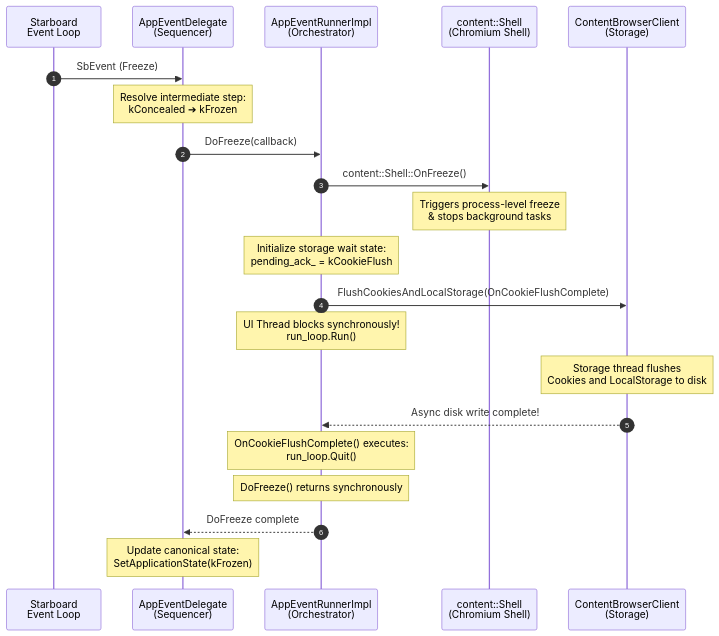
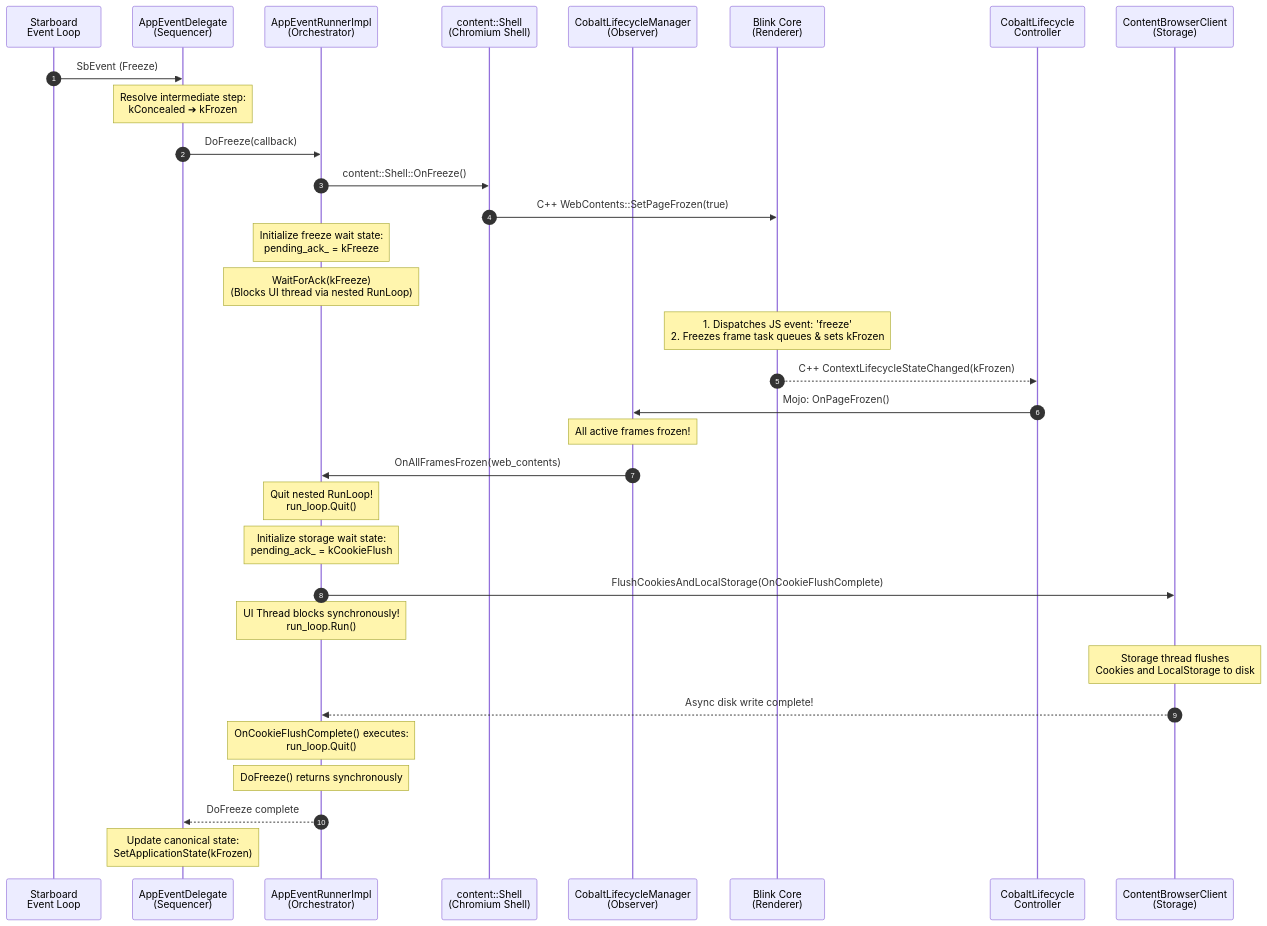
The fourth of 14 diagrams in cobalt/doc/lifecycle_internals.md (youtube/cobalt), drawn with Mermaid before and after one commit. The commit also changed other lines of this file and 11 other files, not shown here.

````diff
--- a/cobalt/doc/lifecycle_internals.md
+++ b/cobalt/doc/lifecycle_internals.md
@@ -193,25 +193,38 @@
 ```mermaid
 sequenceDiagram
   autonumber
   participant OS as Starboard <br/> Event Loop
   participant Delegate as AppEventDelegate <br/> (Sequencer)
   participant Runner as AppEventRunnerImpl <br/> (Orchestrator)
   participant Shell as content::Shell <br/> (Chromium Shell)
+  participant Manager as CobaltLifecycleManager <br/> (Observer)
+  participant Blink as Blink Core <br/> (Renderer)
+  participant Controller as CobaltLifecycle <br/> Controller
   participant Content as ContentBrowserClient <br/> (Storage)
 
   OS->>Delegate: SbEvent (Freeze)
   Note over Delegate: Resolve intermediate step:<br/>kConcealed ➔ kFrozen
   Delegate->>Runner: DoFreeze(callback)
   Runner->>Shell: content::Shell::OnFreeze()
-  Note over Shell: Triggers process-level freeze<br/>& stops background tasks
+  Shell->>Blink: C++ WebContents::SetPageFrozen(true)
+  Note over Runner: Initialize freeze wait state:<br/>pending_ack_ = kFreeze
+  Note over Runner: WaitForAck(kFreeze)<br/>(Blocks UI thread via nested RunLoop)
+
+  Note over Blink: 1. Dispatches JS event: 'freeze'<br/>2. Freezes frame task queues & sets kFrozen
+  Blink-->>Controller: C++ ContextLifecycleStateChanged(kFrozen)
+  Controller->>Manager: Mojo: OnPageFrozen()
+  Note over Manager: All active frames frozen!
+  Manager->>Runner: OnAllFramesFrozen(web_contents)
+  Note over Runner: Quit nested RunLoop!<br/>run_loop.Quit()
+
   Note over Runner: Initialize storage wait state:<br/>pending_ack_ = kCookieFlush
   Runner->>Content: FlushCookiesAndLocalStorage(OnCookieFlushComplete)
   Note over Runner: UI Thread blocks synchronously!<br/>run_loop.Run()
 
   Note over Content: Storage thread flushes<br/>Cookies and LocalStorage to disk
   Content-->>Runner: Async disk write complete!
   Note over Runner: OnCookieFlushComplete() executes:<br/>run_loop.Quit()
   Note over Runner: DoFreeze() returns synchronously
   Runner-->>Delegate: DoFreeze complete
   Note over Delegate: Update canonical state:<br/>SetApplicationState(kFrozen)
 ```
````
